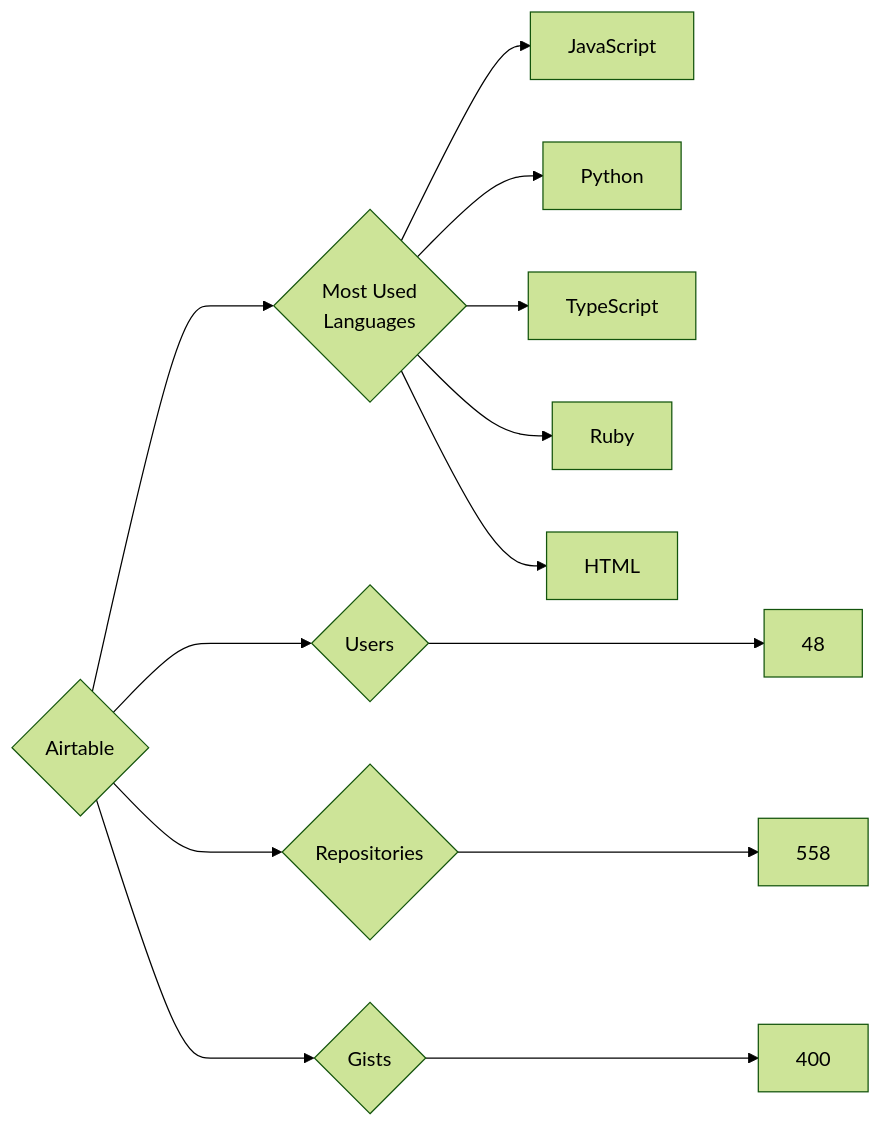
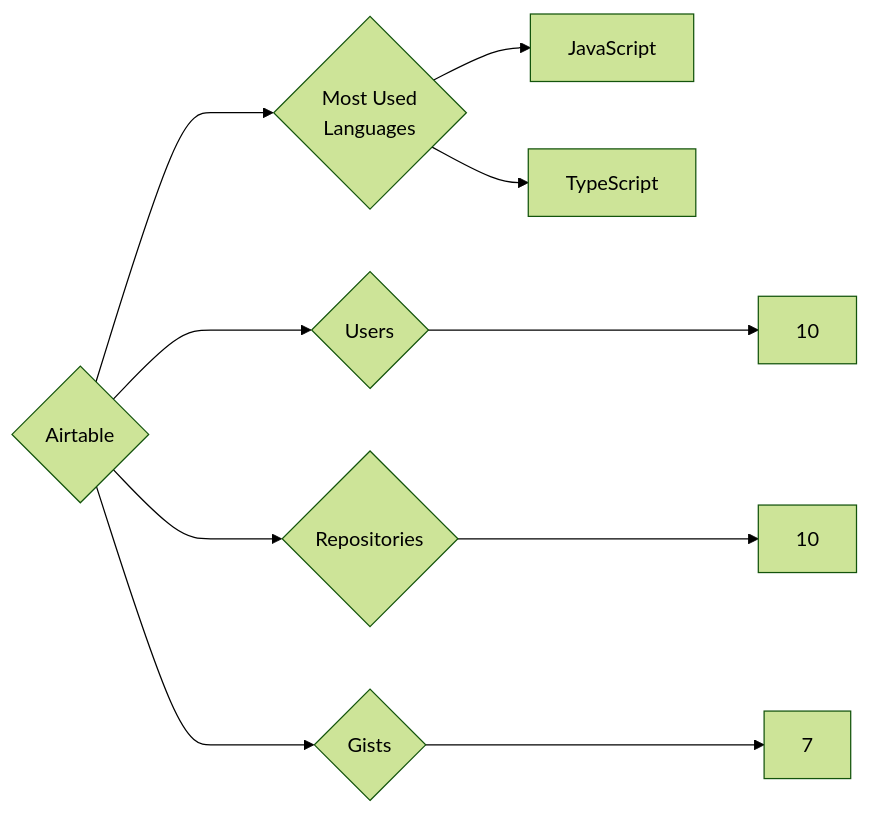
Before and after one commit to trickest/insiders: the diagram in targets/Airtable/README.md, drawn with Mermaid (forest theme). The commit also changed 752 other files, not shown here.

````diff
--- a/targets/Airtable/README.md
+++ b/targets/Airtable/README.md
@@ -3,13 +3,10 @@
 ```mermaid
 graph LR
 COMPANY_NAME{Airtable}
-COMPANY_NAME ---> U{Users} ---> UN[48]
-COMPANY_NAME ---> R{Repositories} ---> RN[558]
-COMPANY_NAME ---> G{Gists} ---> GN[400]
+COMPANY_NAME ---> U{Users} ---> UN[10]
+COMPANY_NAME ---> R{Repositories} ---> RN[10]
+COMPANY_NAME ---> G{Gists} ---> GN[7]
 COMPANY_NAME ---> ML{Most Used<br>Languages}
 ML --> JavaScript[JavaScript]
-ML --> Python[Python]
 ML --> TypeScript[TypeScript]
-ML --> Ruby[Ruby]
-ML --> HTML[HTML]
 ```
````
